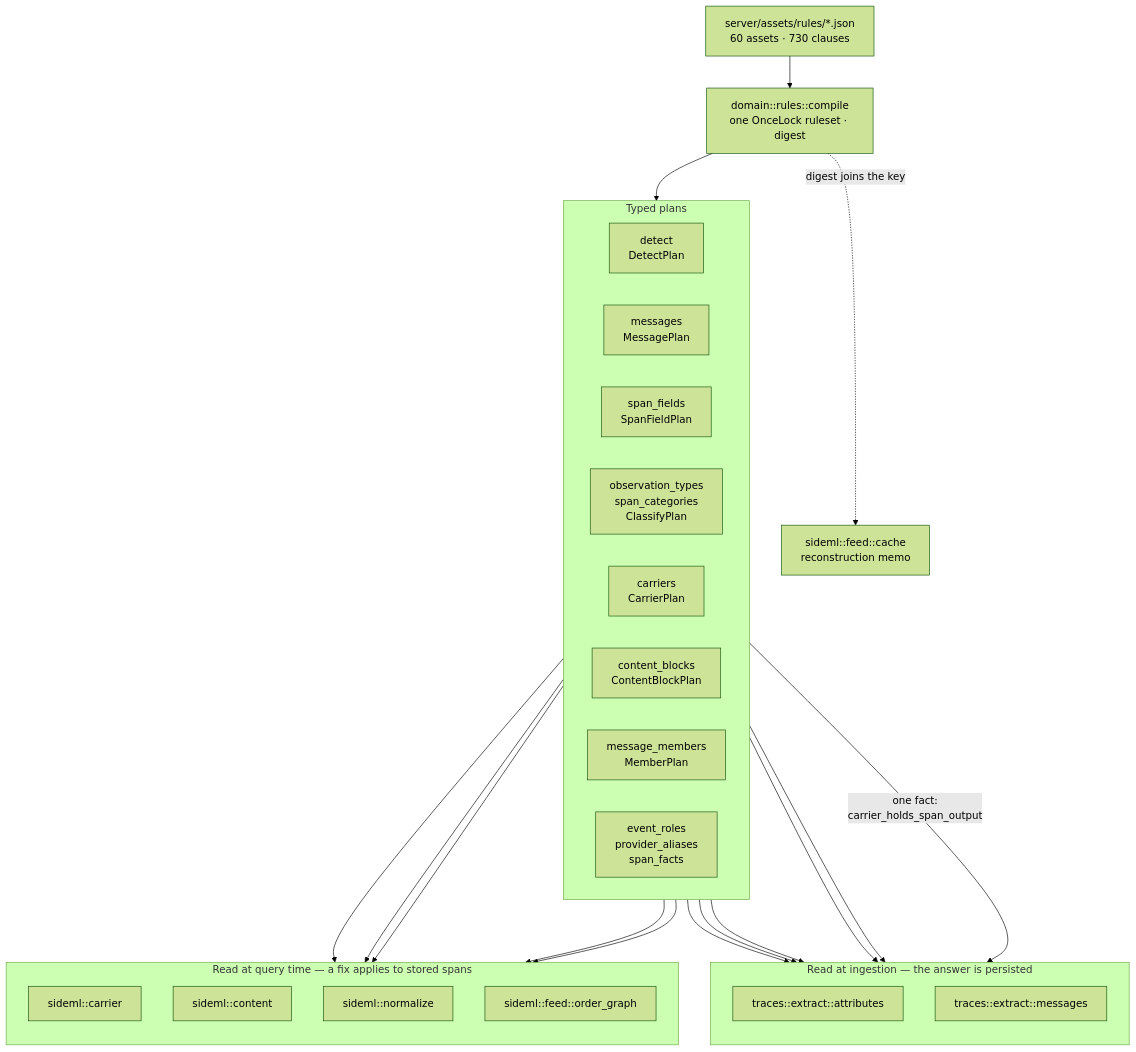
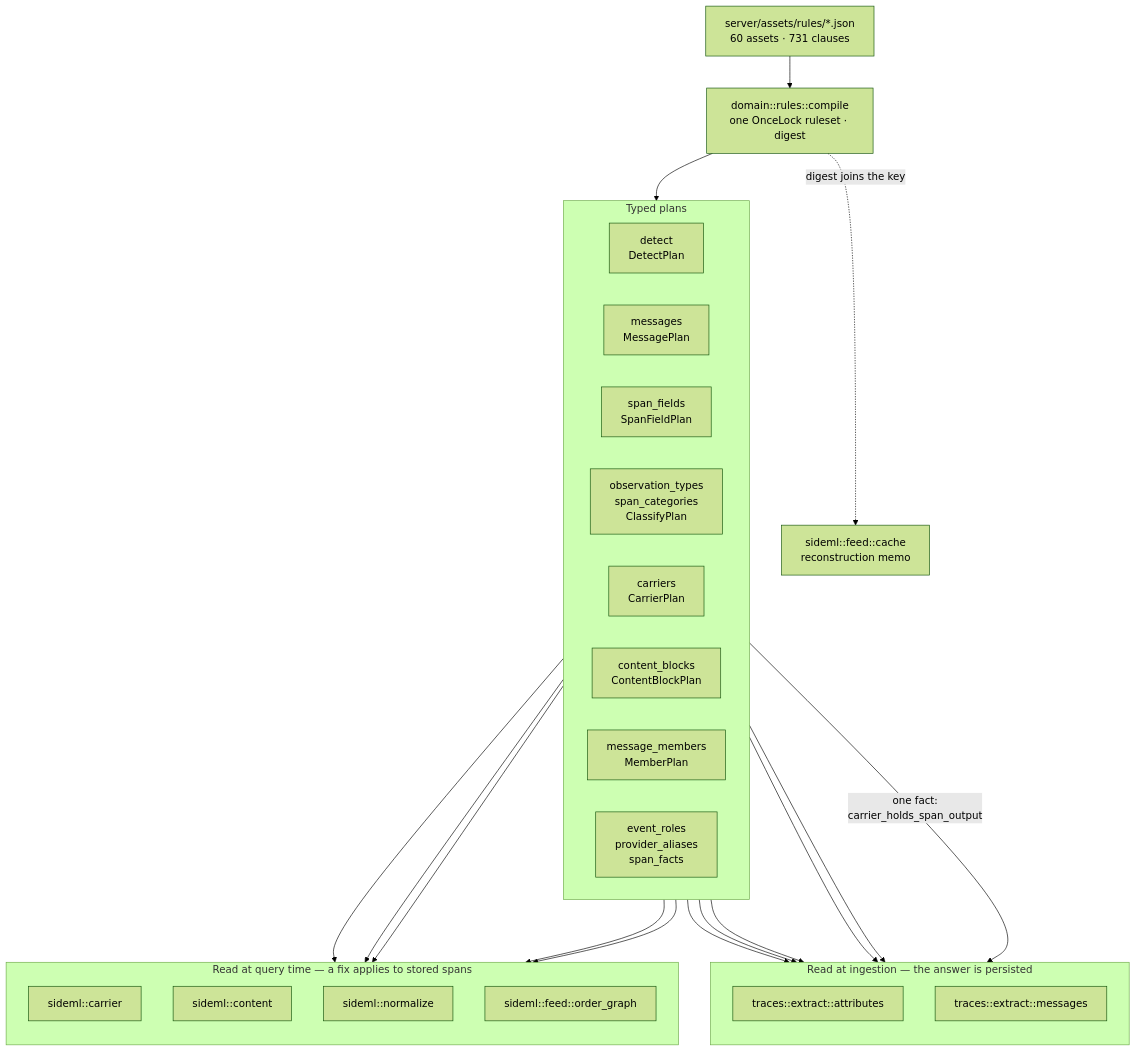
Before and after one commit to sideseat/sideseat: the first of 7 diagrams in docs/engineering/architecture-diagrams.md, drawn with Mermaid (forest theme). The commit also changed 35 other files, not shown here.

````diff
--- a/docs/engineering/architecture-diagrams.md
+++ b/docs/engineering/architecture-diagrams.md
@@ -18,47 +18,47 @@
 ```mermaid
 flowchart TB
-    assets["server/assets/rules/*.json<br/>60 assets · 730 clauses"]
+    assets["server/assets/rules/*.json<br/>60 assets · 731 clauses"]
     compile["domain::rules::compile<br/>one OnceLock ruleset · digest"]
     assets --> compile
 
     subgraph plans["Typed plans"]
         direction LR
         detect["detect<br/>DetectPlan"]
         messages["messages<br/>MessagePlan"]
         fields["span_fields<br/>SpanFieldPlan"]
         classify["observation_types<br/>span_categories<br/>ClassifyPlan"]
         carriers["carriers<br/>CarrierPlan"]
         blocks["content_blocks<br/>ContentBlockPlan"]
         members["message_members<br/>MemberPlan"]
         roles["event_roles<br/>provider_aliases<br/>span_facts"]
     end
     compile --> plans
 
     subgraph ingest["Read at ingestion — the answer is persisted"]
         direction TB
         attrs["traces::extract::attributes"]
         msgs["traces::extract::messages"]
     end
 
     subgraph query["Read at query time — a fix applies to stored spans"]
         direction TB
         carrier["sideml::carrier"]
         content["sideml::content"]
         normalize["sideml::normalize"]
         order["sideml::feed::order_graph"]
     end
 
     detect --> attrs
     fields --> attrs
     classify --> attrs
     roles --> attrs
     messages --> msgs
     carriers -->|"one fact:<br/>carrier_holds_span_output"| msgs
     carriers --> carrier
     carriers --> order
     blocks --> content
     members --> content
     roles --> normalize
 
     compile -. "digest joins the key" .-> cache["sideml::feed::cache<br/>reconstruction memo"]
 ```
````
